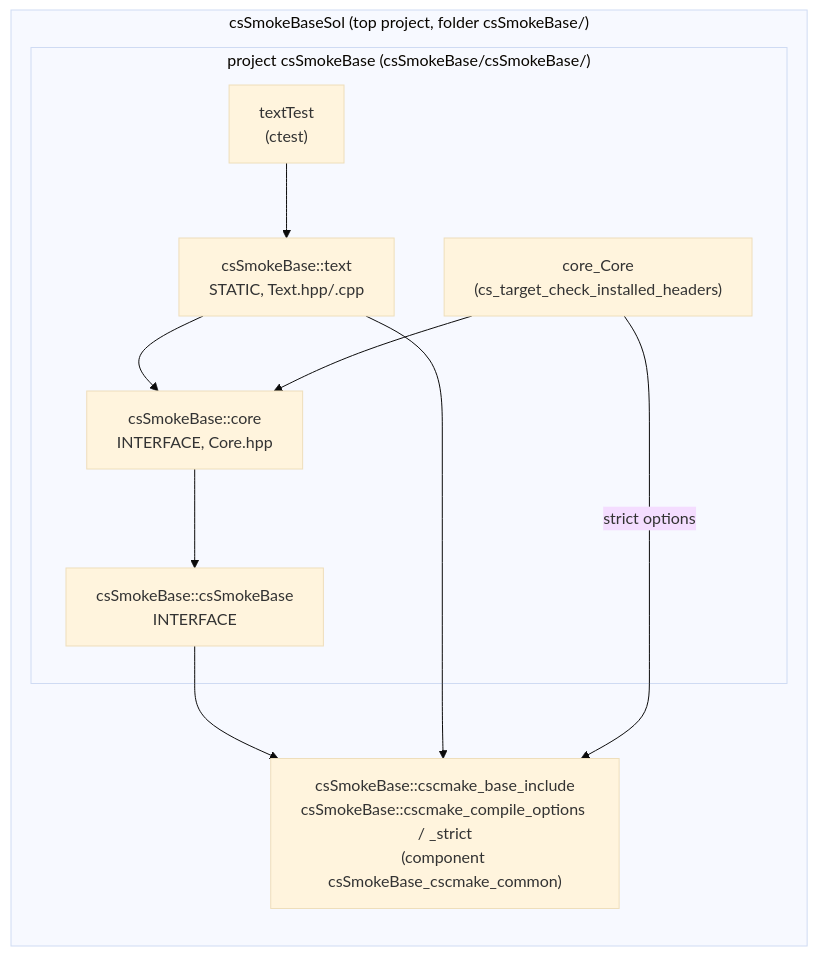
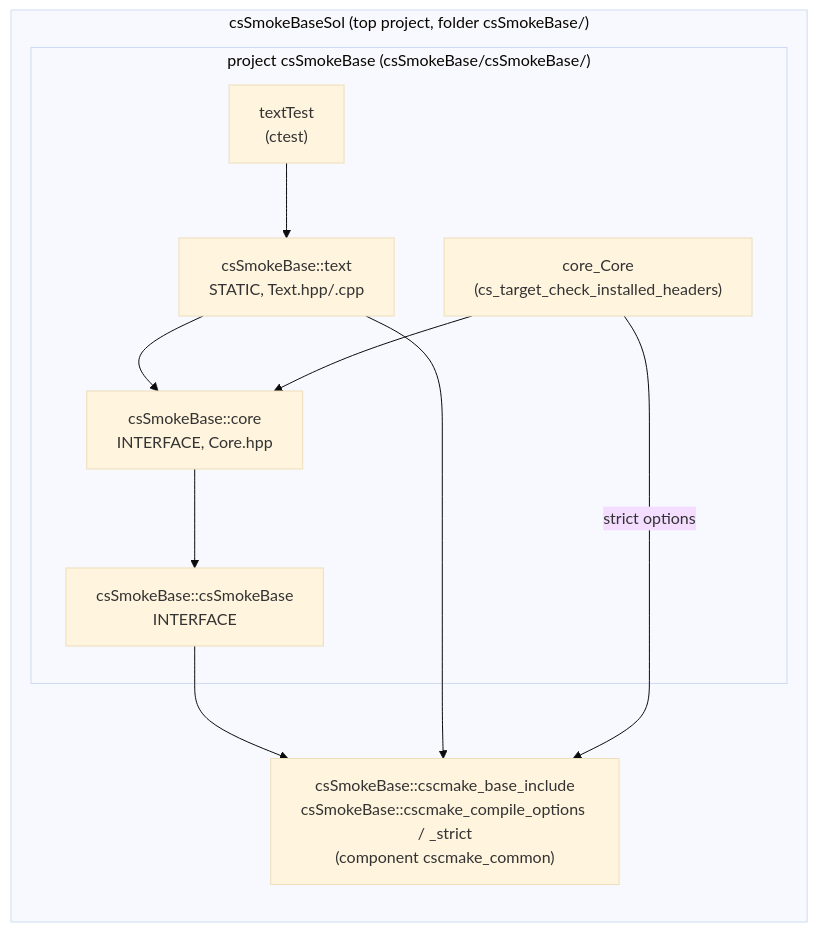
Before and after one commit to cscosine/csCMake: the second of 3 diagrams in tests/smoke/README.md, drawn with Mermaid (base theme). The commit also changed other lines of this file and 11 other files, not shown here.

````diff
--- a/tests/smoke/README.md
+++ b/tests/smoke/README.md
@@ -39,20 +39,20 @@
 ```mermaid
 flowchart BT
     subgraph sol["csSmokeBaseSol (top project, folder csSmokeBase/)"]
-        common["csSmokeBase::cscmake_base_include<br/>csSmokeBase::cscmake_compile_options / _strict<br/>(component csSmokeBase_cscmake_common)"]
+        common["csSmokeBase::cscmake_base_include<br/>csSmokeBase::cscmake_compile_options / _strict<br/>(component cscmake_common)"]
         subgraph pkg["project csSmokeBase (csSmokeBase/csSmokeBase/)"]
             root["csSmokeBase::csSmokeBase<br/>INTERFACE"]
             core["csSmokeBase::core<br/>INTERFACE, Core.hpp"]
             text["csSmokeBase::text<br/>STATIC, Text.hpp/.cpp"]
             textTest["textTest<br/>(ctest)"]
             shc["core_Core<br/>(cs_target_check_installed_headers)"]
         end
     end
     root --> common
     core --> root
     text --> core
     text --> common
     textTest --> text
     shc --> core
     shc -->|strict options| common
 ```
````
